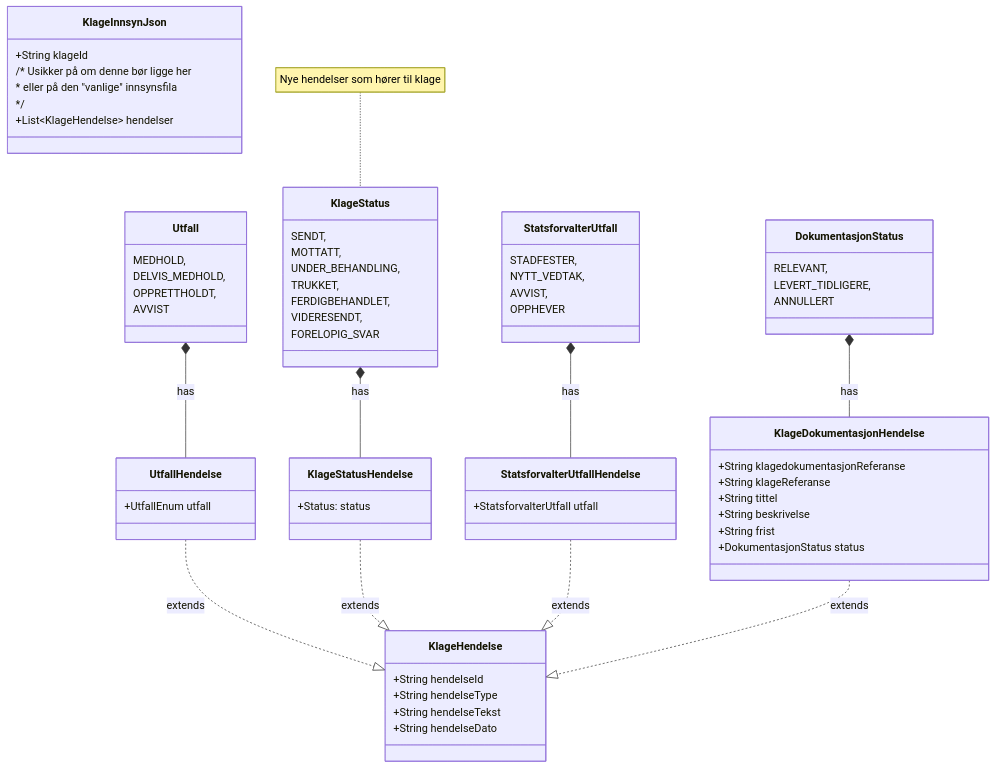
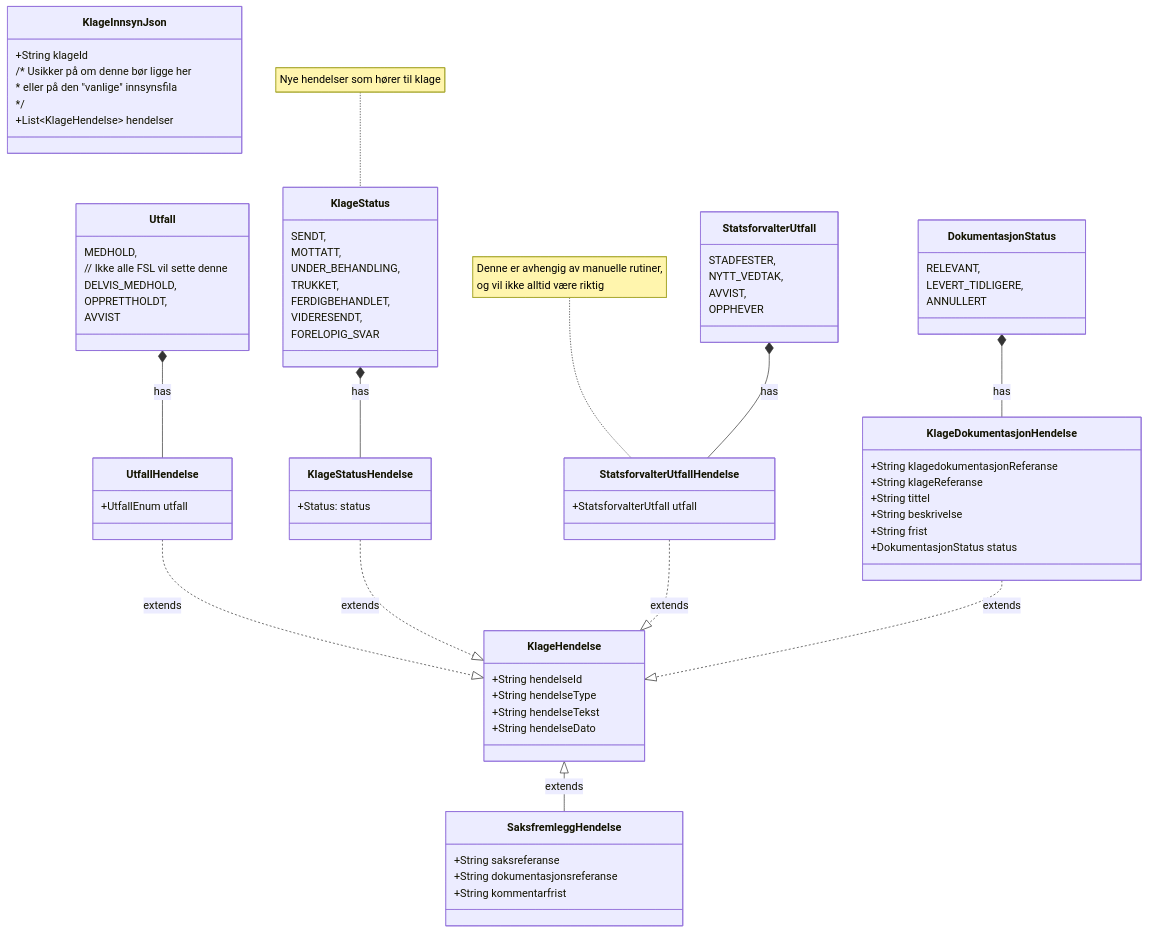
One commit to navikt/sosialhjelp-innsyn-api changed the tenth of 10 diagrams in klage-api-draft-extended.md. Above: the diagram before and after it, drawn with Mermaid. The commit also changed other lines of this file, not shown here.

````diff
--- a/klage-api-draft-extended.md
+++ b/klage-api-draft-extended.md
@@ -272,6 +273,7 @@
   Utfall *-- UtfallHendelse: has
   class Utfall {
     MEDHOLD,
+    // Ikke alle FSL vil sette denne
     DELVIS_MEDHOLD,
     OPPRETTHOLDT,
     AVVIST
@@ -294,6 +296,7 @@
     FORELOPIG_SVAR
   }
 
+  note for StatsforvalterUtfallHendelse "Denne er avhengig av manuelle rutiner,</br> og vil ikke alltid være riktig"
   StatsforvalterUtfallHendelse ..|> KlageHendelse: extends
   class StatsforvalterUtfallHendelse {
     +StatsforvalterUtfall utfall
@@ -323,4 +326,11 @@
     LEVERT_TIDLIGERE,
     ANNULLERT
   }
+  
+  KlageHendelse <|-- SaksfremleggHendelse: extends
+  class SaksfremleggHendelse {
+    +String saksreferanse
+    +String dokumentasjonsreferanse
+    +String kommentarfrist
+  }
 ```
````
